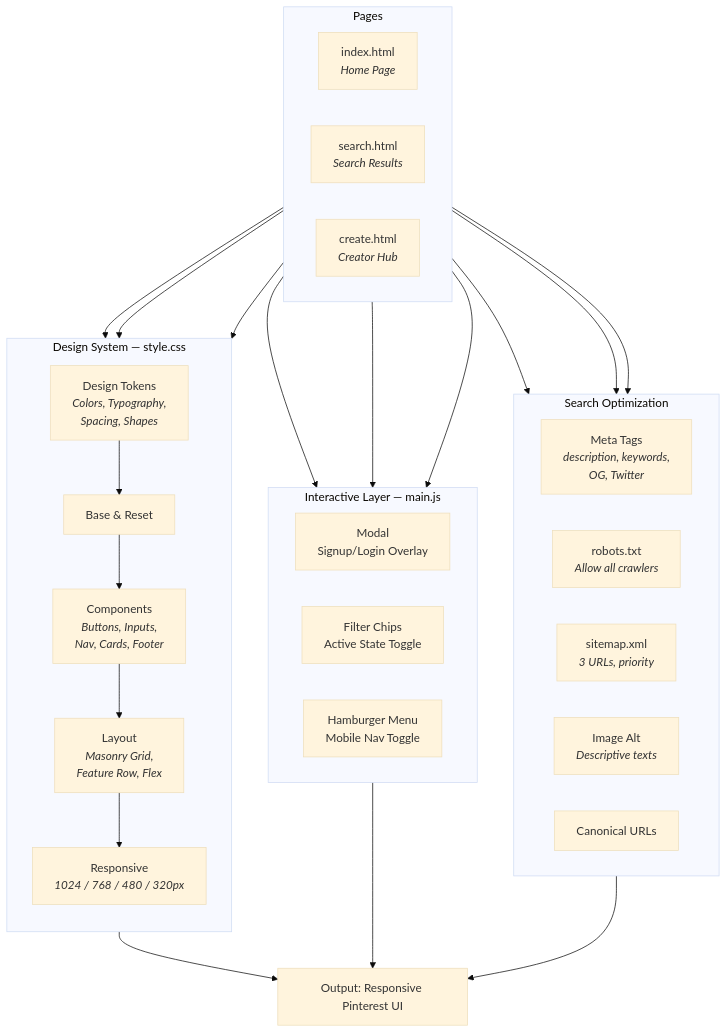
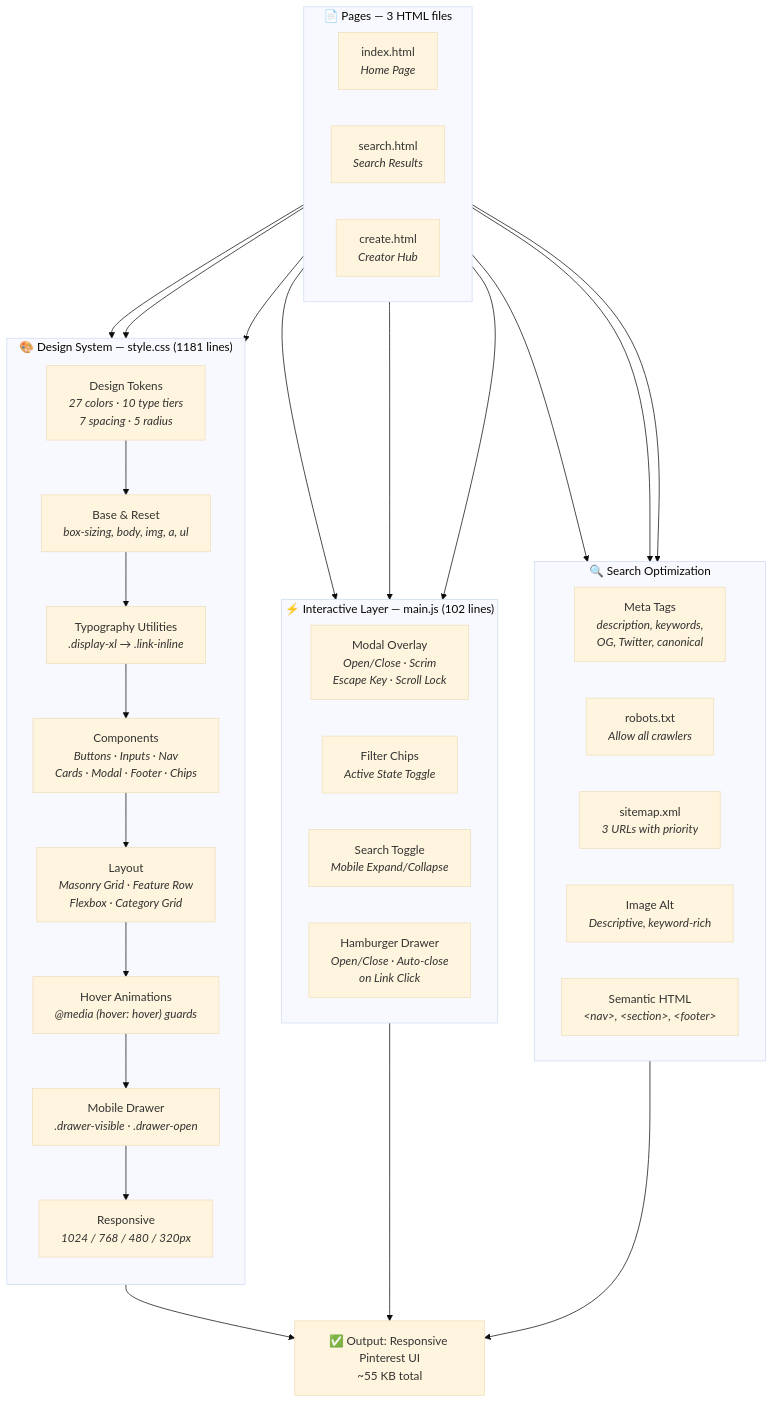
One commit to girishlade111/Pinterest-design.md changed the diagram in README.md. Above: the diagram before and after it, drawn with Mermaid (base theme). The commit also changed other lines of this file, not shown here.

Commit message:
docs: update README with detailed architecture, stats, configs and compliance

````diff
--- a/README.md
+++ b/README.md
@@ -9,46 +26,50 @@
 ```mermaid
 flowchart TD
-    subgraph Pages["Pages"]
+    subgraph Pages["📄 Pages — 3 HTML files"]
         direction LR
         A["index.html<br/><i>Home Page</i>"]
         B["search.html<br/><i>Search Results</i>"]
         C["create.html<br/><i>Creator Hub</i>"]
     end
 
-    subgraph CSS["Design System — style.css"]
+    subgraph CSS["🎨 Design System — style.css (1181 lines)"]
         direction TB
-        T1["Design Tokens<br/><i>Colors, Typography,<br/>Spacing, Shapes</i>"]
-        T2["Base & Reset"]
-        T3["Components<br/><i>Buttons, Inputs,<br/>Nav, Cards, Footer</i>"]
-        T4["Layout<br/><i>Masonry Grid,<br/>Feature Row, Flex</i>"]
-        T5["Responsive<br/><i>1024 / 768 / 480 / 320px</i>"]
-        T1 --> T2 --> T3 --> T4 --> T5
+        T1["Design Tokens<br/><i>27 colors · 10 type tiers<br/>7 spacing · 5 radius</i>"]
+        T2["Base & Reset<br/><i>box-sizing, body, img, a, ul</i>"]
+        T3["Typography Utilities<br/><i>.display-xl → .link-inline</i>"]
+        T4["Components<br/><i>Buttons · Inputs · Nav<br/>Cards · Modal · Footer · Chips</i>"]
+        T5["Layout<br/><i>Masonry Grid · Feature Row<br/>Flexbox · Category Grid</i>"]
+        T6["Hover Animations<br/><i>@media (hover: hover) guards</i>"]
+        T7["Mobile Drawer<br/><i>.drawer-visible · .drawer-open</i>"]
+        T8["Responsive<br/><i>1024 / 768 / 480 / 320px</i>"]
+        T1 --> T2 --> T3 --> T4 --> T5 --> T6 --> T7 --> T8
     end
 
-    subgraph JS["Interactive Layer — main.js"]
-        J1["Modal<br/>Signup/Login Overlay"]
-        J2["Filter Chips<br/>Active State Toggle"]
-        J3["Hamburger Menu<br/>Mobile Nav Toggle"]
+    subgraph JS["⚡ Interactive Layer — main.js (102 lines)"]
+        J1["Modal Overlay<br/><i>Open/Close · Scrim<br/>Escape Key · Scroll Lock</i>"]
+        J2["Filter Chips<br/><i>Active State Toggle</i>"]
+        J3["Search Toggle<br/><i>Mobile Expand/Collapse</i>"]
+        J4["Hamburger Drawer<br/><i>Open/Close · Auto-close<br/>on Link Click</i>"]
     end
 
-    subgraph SEO["Search Optimization"]
-        S1["Meta Tags<br/><i>description, keywords,<br/>OG, Twitter</i>"]
+    subgraph SEO["🔍 Search Optimization"]
+        S1["Meta Tags<br/><i>description, keywords,<br/>OG, Twitter, canonical</i>"]
         S2["robots.txt<br/><i>Allow all crawlers</i>"]
-        S3["sitemap.xml<br/><i>3 URLs, priority</i>"]
-        S4["Image Alt<br/><i>Descriptive texts</i>"]
-        S5["Canonical URLs"]
+        S3["sitemap.xml<br/><i>3 URLs with priority</i>"]
+        S4["Image Alt<br/><i>Descriptive, keyword-rich</i>"]
+        S5["Semantic HTML<br/><i>&lt;nav&gt;, &lt;section&gt;, &lt;footer&gt;</i>"]
     end
 
     A --> CSS
     B --> CSS
     C --> CSS
     A --> JS
     B --> JS
     C --> JS
     A --> SEO
     B --> SEO
     C --> SEO
-    CSS --> D["Output: Responsive Pinterest UI"]
+    CSS --> D["✅ Output: Responsive Pinterest UI<br/>~55 KB total"]
     JS --> D
     SEO --> D
 ```
````
